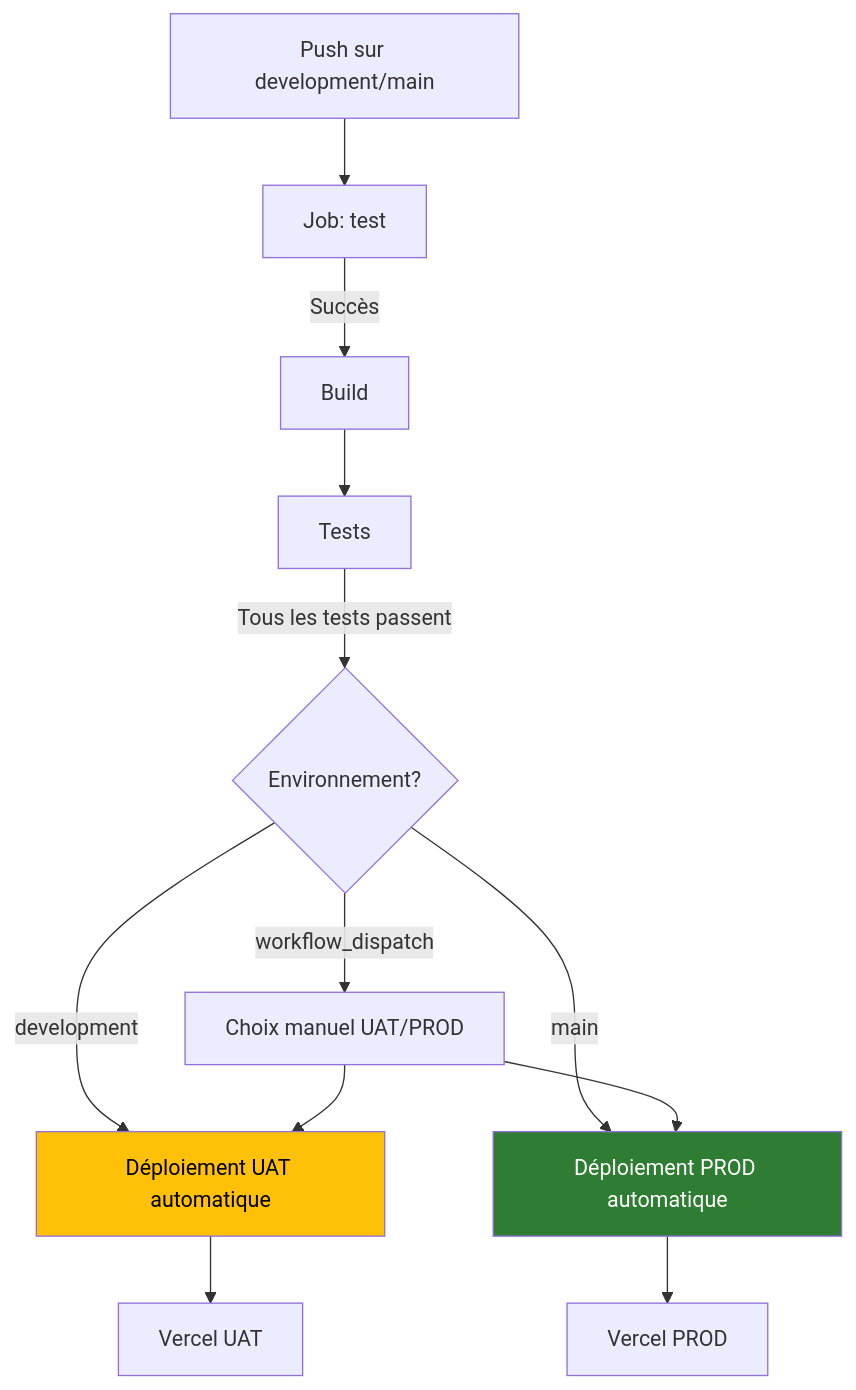
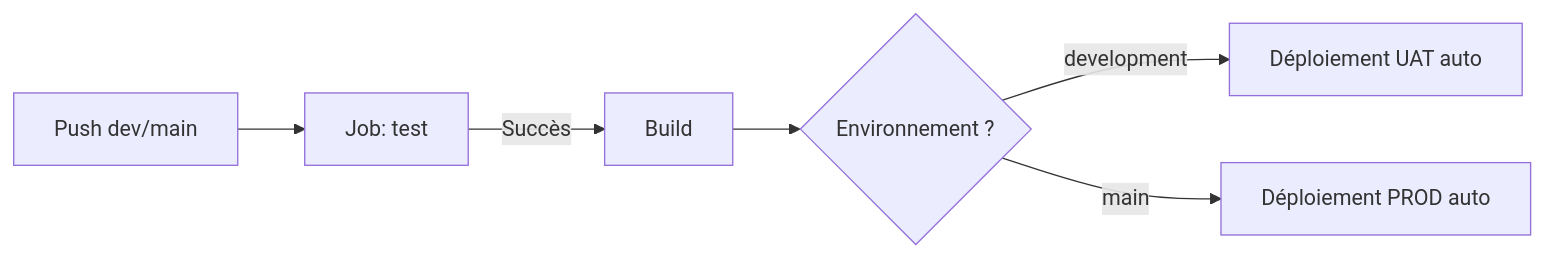
Before and after one commit to Mamoru-fr/AMT-Express: the eighth of 8 diagrams in documents/dossiers/dossierProjet/v1-complet/dossierProjetRNCP.md, drawn with Mermaid. The commit also changed other lines of this file and 12 other files, not shown here.

````diff
--- a/documents/dossiers/dossierProjet/v1-complet/dossierProjetRNCP.md
+++ b/documents/dossiers/dossierProjet/v1-complet/dossierProjetRNCP.md
@@ -979,16 +966,8 @@
 ```mermaid
-flowchart TD
-    A[Push sur development/main] --> B[Job: test]
+flowchart LR
+    A[Push dev/main] --> B["Job: test"]
     B -->|Succès| C[Build]
-    C --> D[Tests]
-    D -->|Tous les tests passent| E{Environnement?}
-    E -->|development| F[Déploiement UAT automatique]
-    E -->|main| G[Déploiement PROD automatique]
-    E -->|workflow_dispatch| H[Choix manuel UAT/PROD]
-    H --> F
-    H --> G
-    F --> I[Vercel UAT]
-    G --> J[Vercel PROD]
-    style F fill:#FFC107,color:#000
-    style G fill:#2E7D32,color:#fff
+    C --> D{Environnement ?}
+    D -- development --> U[Déploiement UAT auto]
+    D -- main --> P[Déploiement PROD auto]
 ```
````
